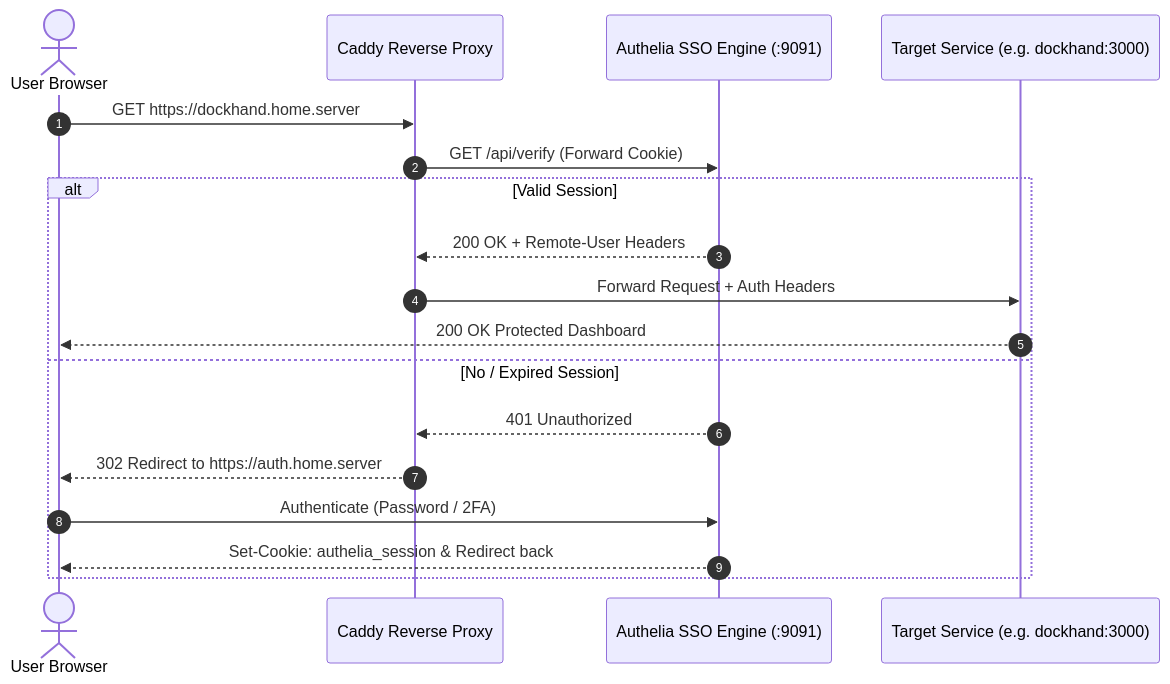
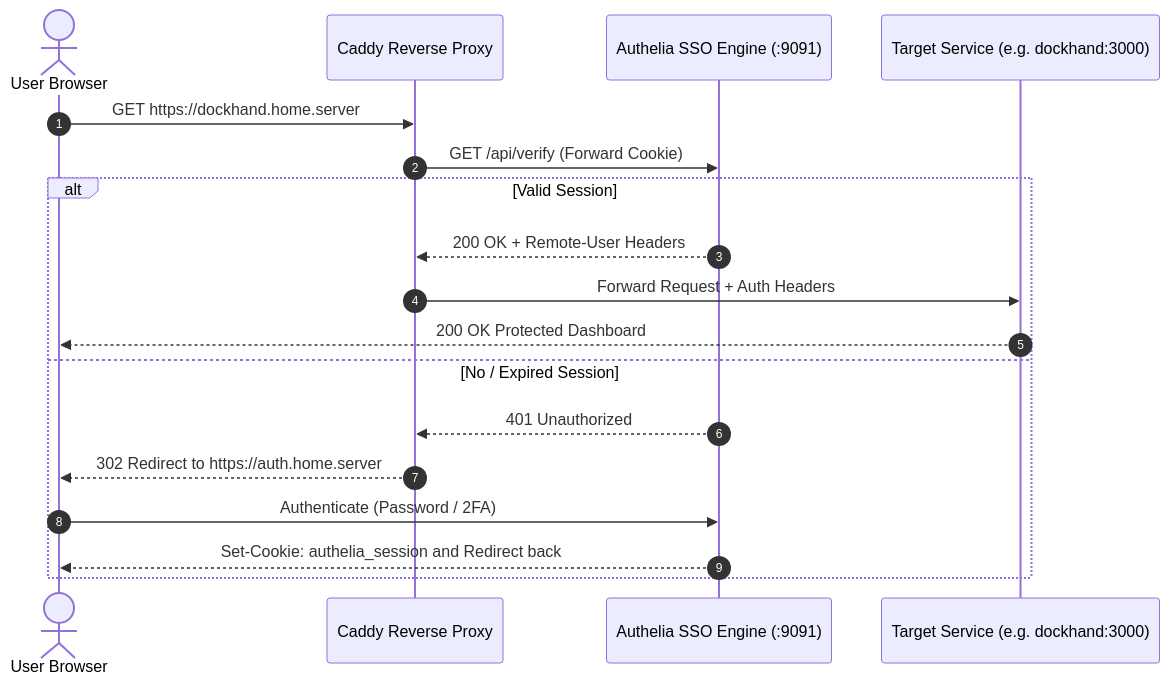
The diagram in docs/networking/caddy-authelia-sso.md (aayasir2177/homenode.online-personal-documentation), drawn with Mermaid before and after one commit. The commit also changed 9 other files, not shown here.

Commit message:
fix: integrate vitepress-plugin-mermaid for flowchart rendering

````diff
--- a/docs/networking/caddy-authelia-sso.md
+++ b/docs/networking/caddy-authelia-sso.md
@@ -17,21 +17,21 @@
 ```mermaid
 sequenceDiagram
     autonumber
     actor Client as User Browser
     participant Caddy as Caddy Reverse Proxy
     participant Authelia as Authelia SSO Engine (:9091)
     participant Upstream as Target Service (e.g. dockhand:3000)
 
     Client->>Caddy: GET https://dockhand.home.server
     Caddy->>Authelia: GET /api/verify (Forward Cookie)
     alt Valid Session
         Authelia-->>Caddy: 200 OK + Remote-User Headers
         Caddy->>Upstream: Forward Request + Auth Headers
         Upstream-->>Client: 200 OK Protected Dashboard
     else No / Expired Session
         Authelia-->>Caddy: 401 Unauthorized
         Caddy-->>Client: 302 Redirect to https://auth.home.server
         Client->>Authelia: Authenticate (Password / 2FA)
-        Authelia-->>Client: Set-Cookie: authelia_session & Redirect back
+        Authelia-->>Client: Set-Cookie: authelia_session and Redirect back
     end
 ```
````
